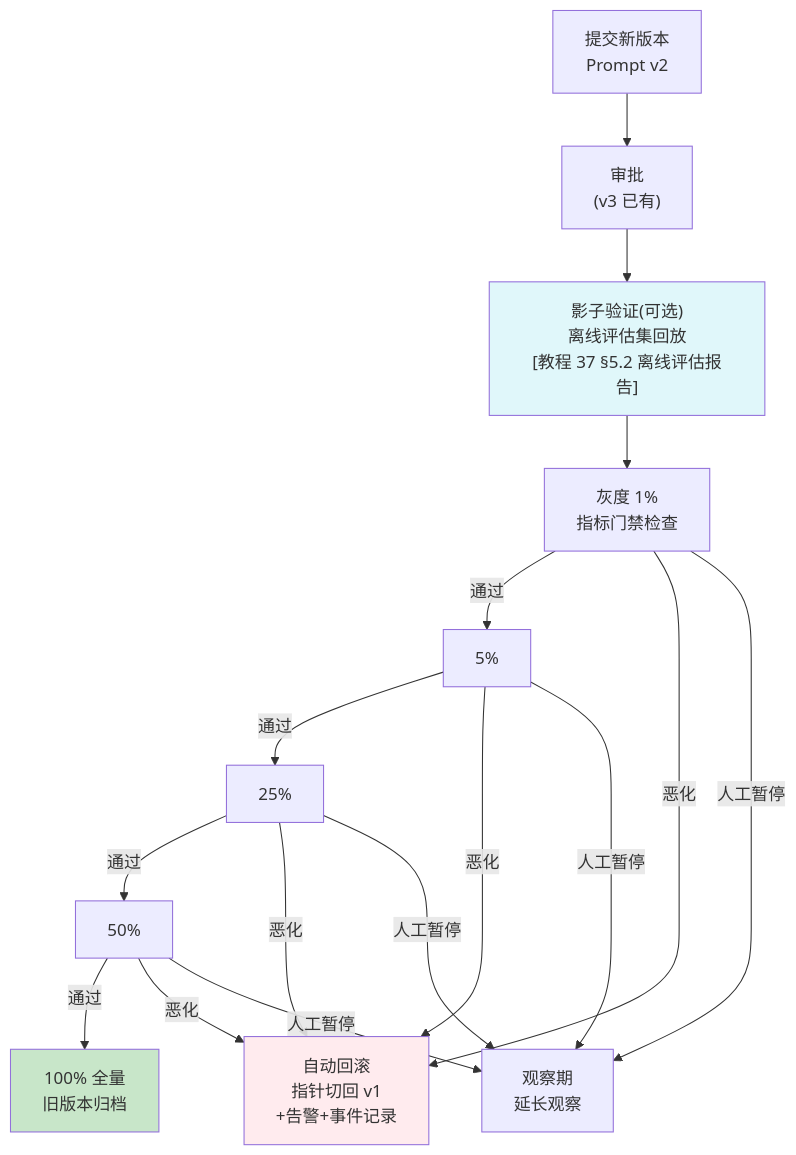
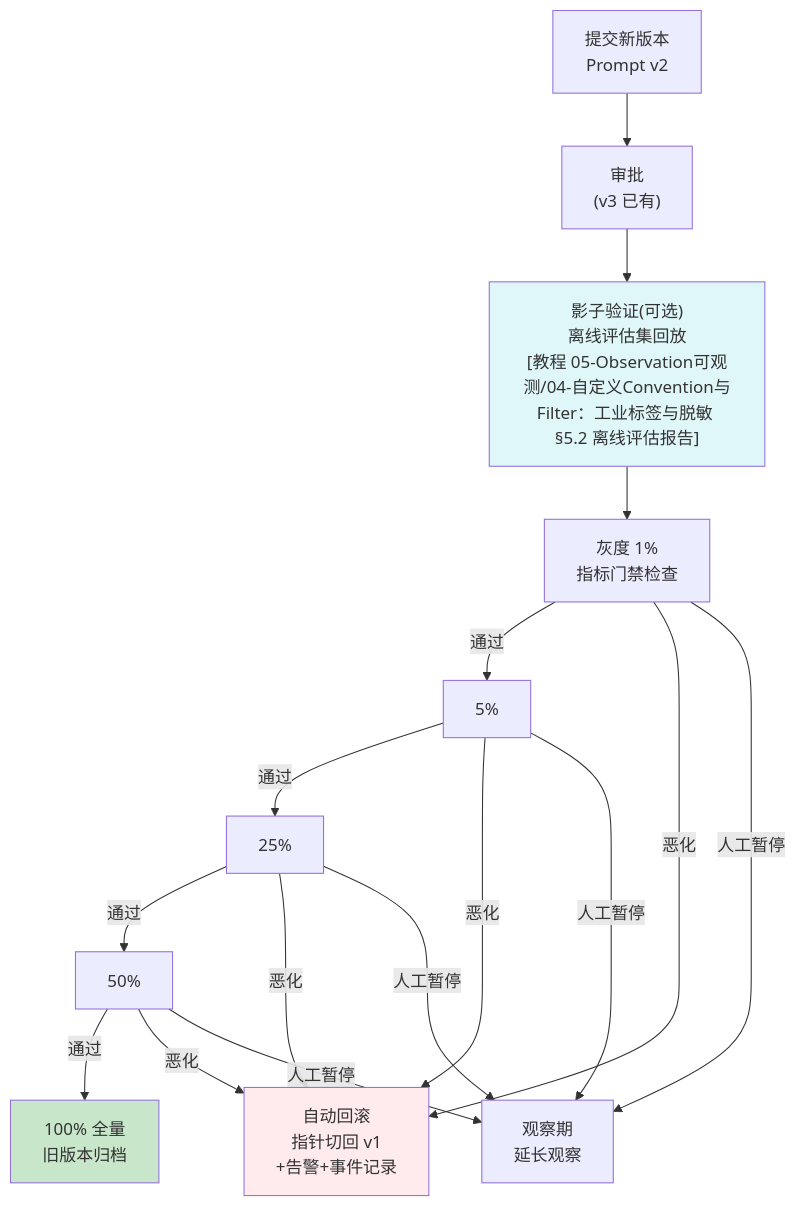
The diagram in docs/项目/05-企业级Agent中台/07-灰度发布与AB测试.md (UranusGit/java-agent-learn), drawn with Mermaid before and after one commit. The commit also changed other lines of this file and 634 other files, not shown here.

````diff
--- a/docs/项目/05-企业级Agent中台/07-灰度发布与AB测试.md
+++ b/docs/项目/05-企业级Agent中台/07-灰度发布与AB测试.md
@@ -31,16 +31,16 @@
 ```mermaid
 flowchart TB
     DEV["提交新版本<br/>Prompt v2"] --> REVIEW["审批<br/>(v3 已有)"]
-    REVIEW --> SHADOW["影子验证(可选)<br/>离线评估集回放<br/>[教程 37 §5.2 离线评估报告]"]
+    REVIEW --> SHADOW["影子验证(可选)<br/>离线评估集回放<br/>[教程 05-Observation可观测/04-自定义Convention与Filter：工业标签与脱敏 §5.2 离线评估报告]"]
     SHADOW --> G1["灰度 1%<br/>指标门禁检查"]
     G1 -->|通过| G2["5%"]
     G2 -->|通过| G4["25%"]
     G4 -->|通过| G8["50%"]
     G8 -->|通过| FULL["100% 全量<br/>旧版本归档"]
     G1 & G2 & G4 & G8 -->|恶化| AUTO["自动回滚<br/>指针切回 v1<br/>+告警+事件记录"]
     G1 & G2 & G4 & G8 -->|人工暂停| HOLD["观察期<br/>延长观察"]
 
     style SHADOW fill:#e0f7fa
     style AUTO fill:#ffebee
     style FULL fill:#c8e6c9
 ```
````
